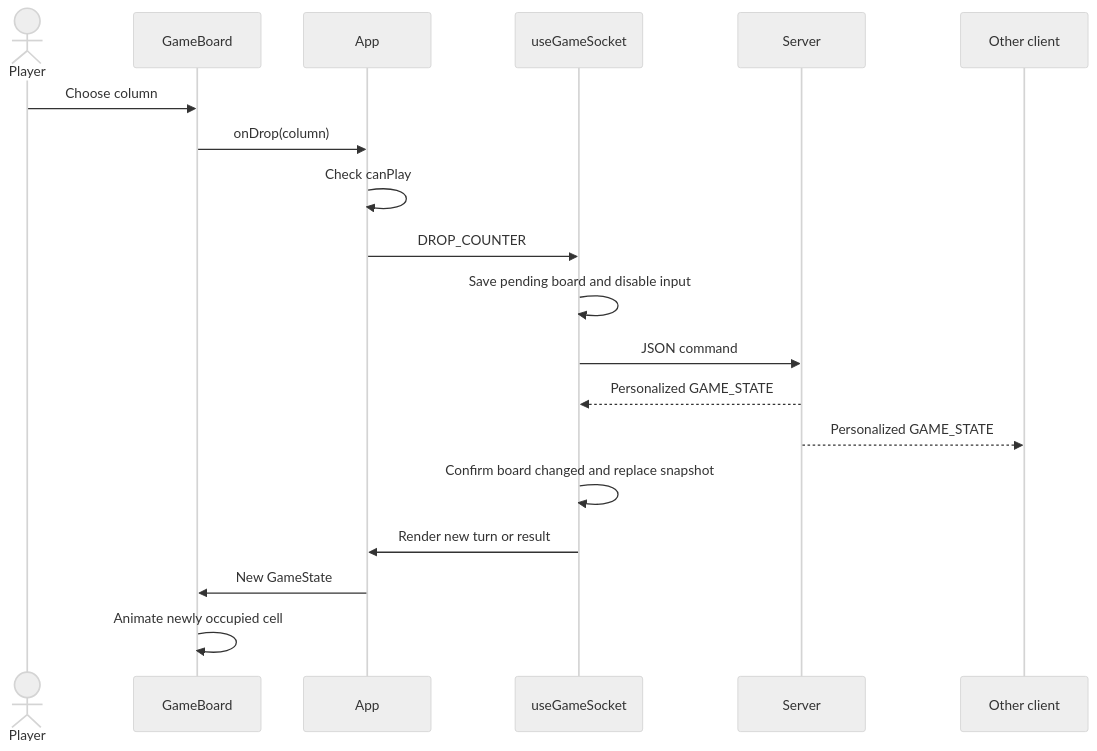
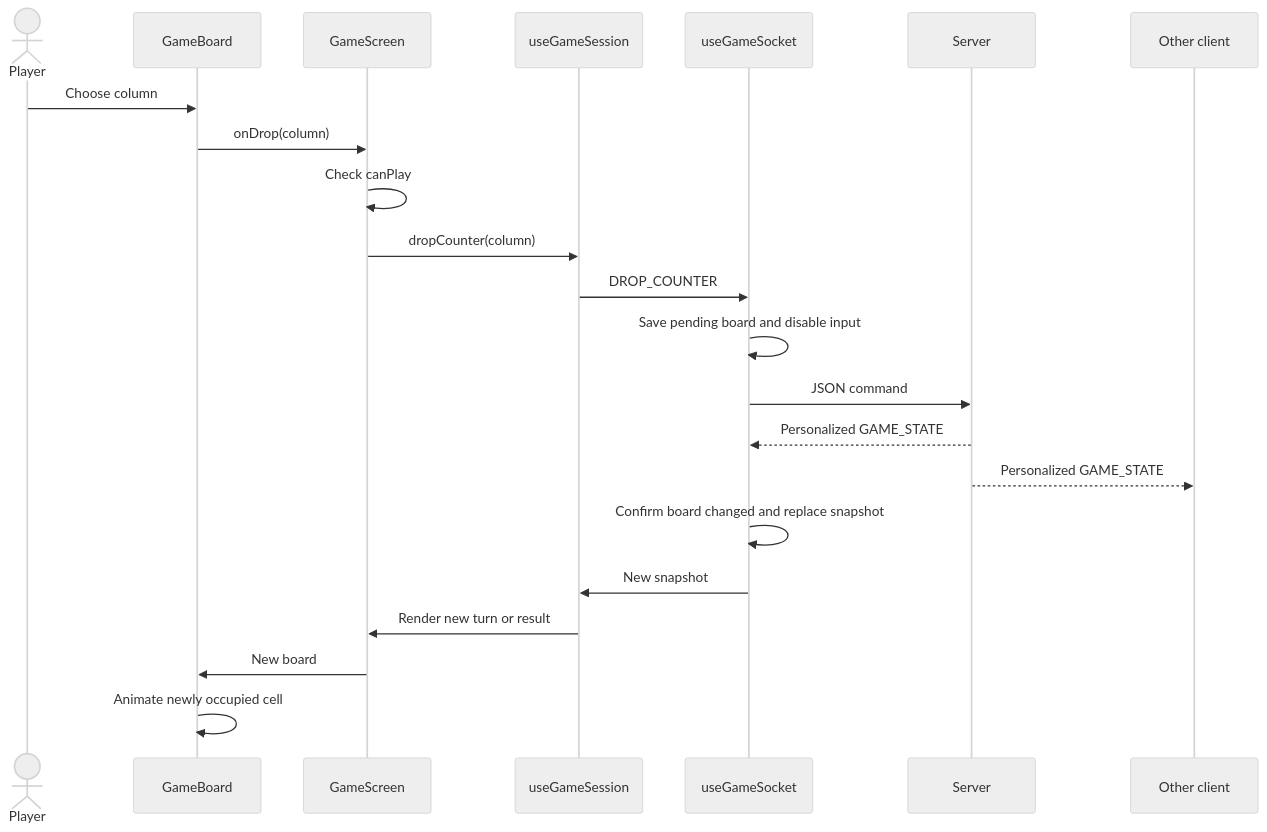
The second of 2 diagrams in docs/frontend-design.md (blam135/Connect-4-Game), drawn with Mermaid (neutral theme) before and after one commit. The commit also changed other lines of this file and 31 other files, not shown here.

````diff
--- a/docs/frontend-design.md
+++ b/docs/frontend-design.md
@@ -156,22 +169,25 @@
 ```mermaid
 sequenceDiagram
     actor Player
     participant Board as GameBoard
-    participant App
+    participant Screen as GameScreen
+    participant Session as useGameSession
     participant Hook as useGameSocket
     participant Server
     participant Other as Other client
 
     Player->>Board: Choose column
-    Board->>App: onDrop(column)
-    App->>App: Check canPlay
-    App->>Hook: DROP_COUNTER
+    Board->>Screen: onDrop(column)
+    Screen->>Screen: Check canPlay
+    Screen->>Session: dropCounter(column)
+    Session->>Hook: DROP_COUNTER
     Hook->>Hook: Save pending board and disable input
     Hook->>Server: JSON command
     Server-->>Hook: Personalized GAME_STATE
     Server-->>Other: Personalized GAME_STATE
     Hook->>Hook: Confirm board changed and replace snapshot
-    Hook->>App: Render new turn or result
-    App->>Board: New GameState
+    Hook->>Session: New snapshot
+    Session->>Screen: Render new turn or result
+    Screen->>Board: New board
     Board->>Board: Animate newly occupied cell
 ```
````
